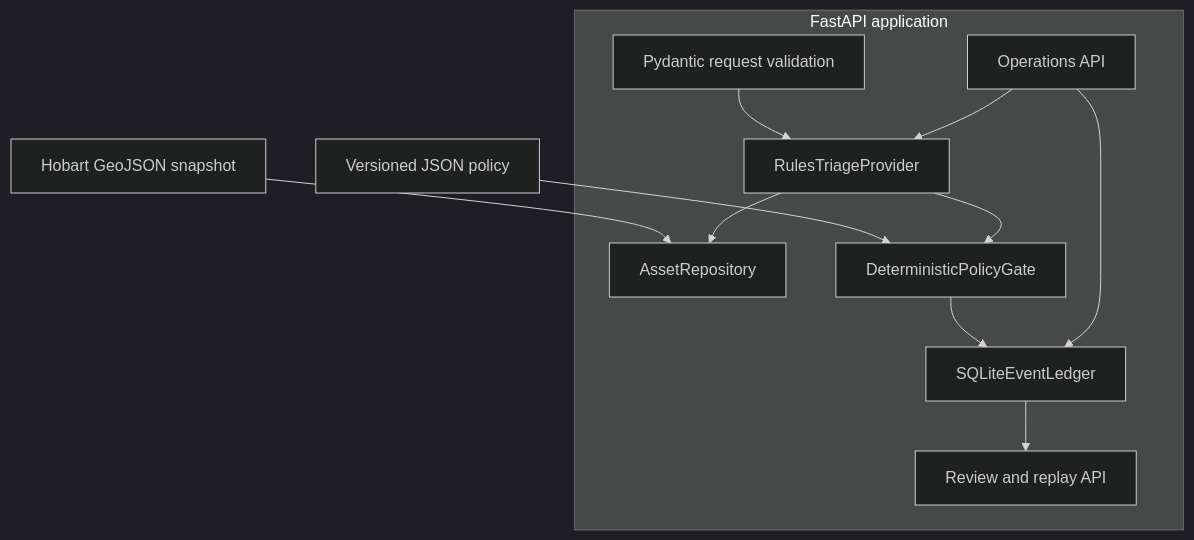
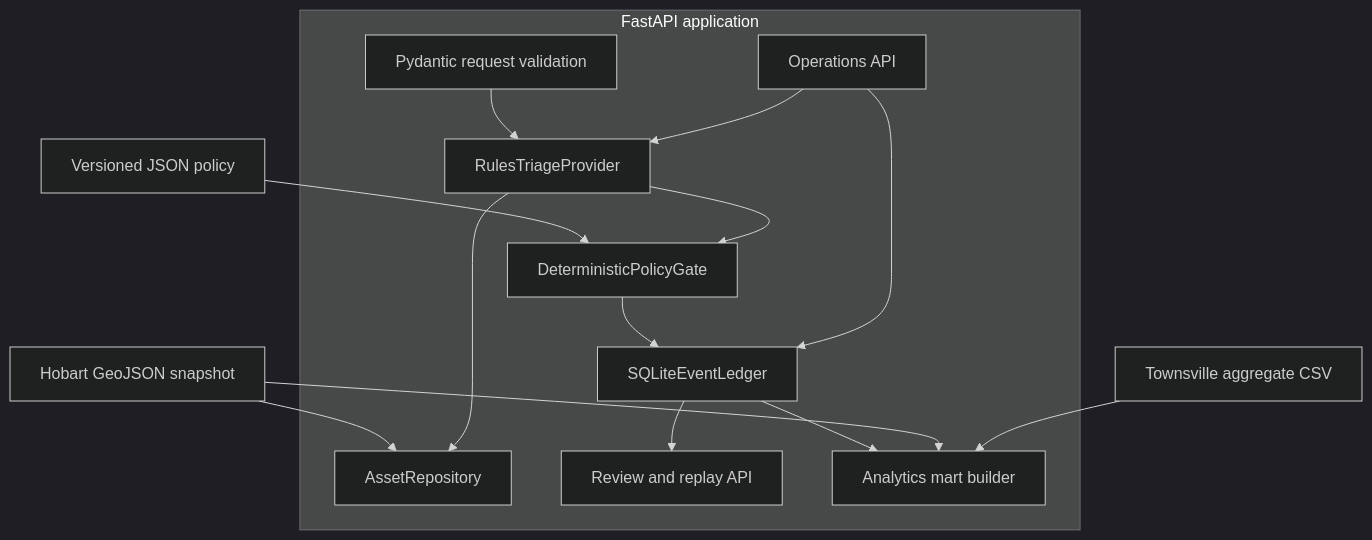
One commit to Zeeekrom/rivulet-localops changed the first of 2 diagrams in docs/TECHNICAL_ARCHITECTURE.md. Above: the diagram before and after it, drawn with Mermaid (dark theme). The commit also changed other lines of this file and 52 other files, not shown here.

Commit message:
feat: publish contracted analytics mart

````diff
--- a/docs/TECHNICAL_ARCHITECTURE.md
+++ b/docs/TECHNICAL_ARCHITECTURE.md
@@ -15,22 +17,26 @@
 ```mermaid
 flowchart TB
     subgraph API[FastAPI application]
         V[Pydantic request validation]
         T[RulesTriageProvider]
         A[AssetRepository]
         G[DeterministicPolicyGate]
         E[SQLiteEventLedger]
         R[Review and replay API]
-        O[Operations API]
+    O[Operations API]
+    M[Analytics mart builder]
     end
 
     J[Versioned JSON policy] --> G
     H[Hobart GeoJSON snapshot] --> A
     V --> T
     T --> A
     T --> G
     G --> E
     E --> R
     O --> E
     O --> T
+    E --> M
+    H --> M
+    X[Townsville aggregate CSV] --> M
 ```
````
